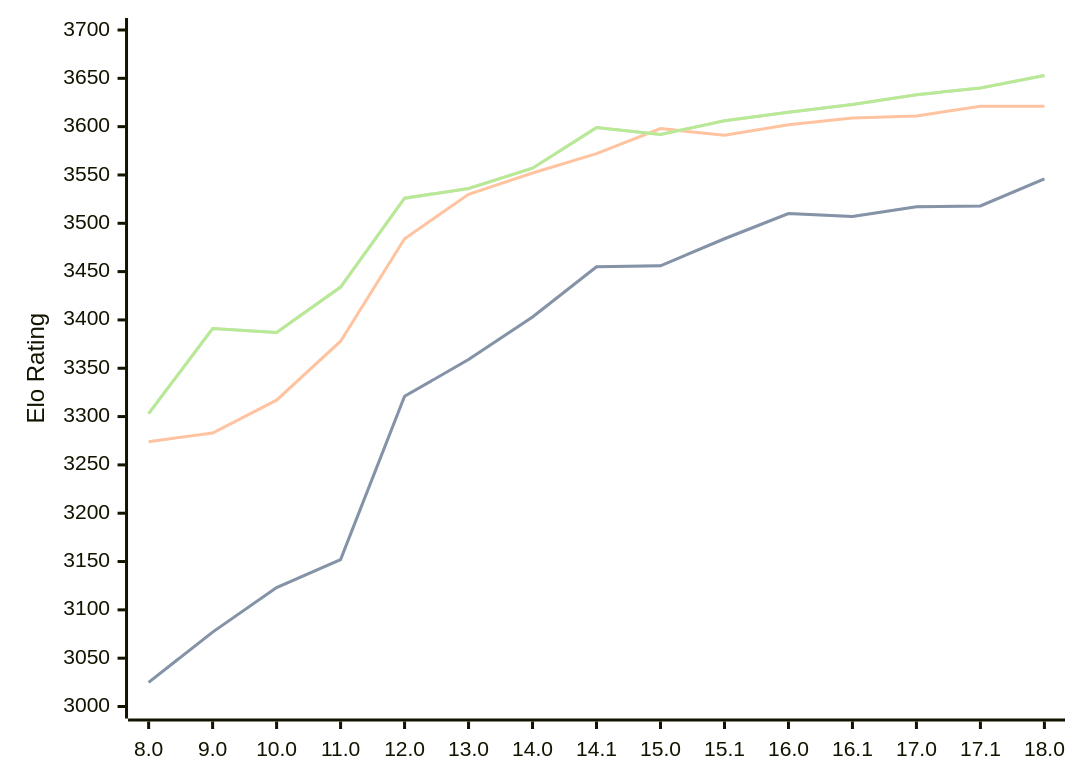
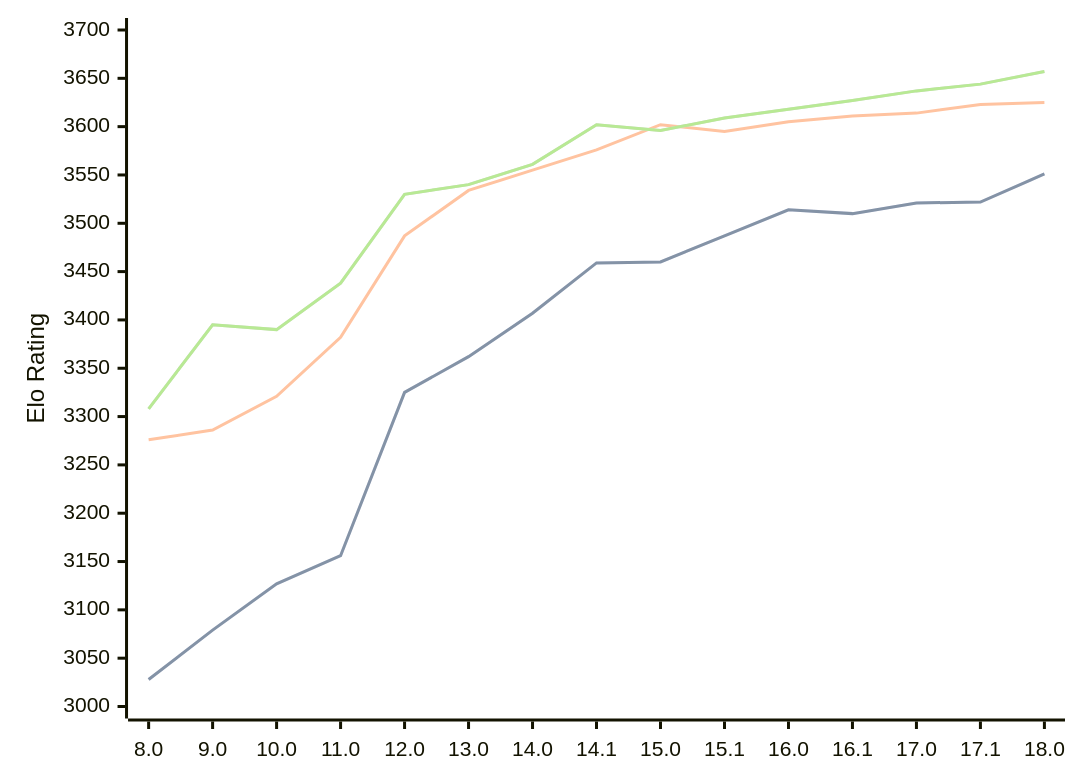
One commit to computer-chess-index/cci changed the diagram in engines/Stockfish.md. Above: the diagram before and after it, drawn with Mermaid. The commit also changed other lines of this file, not shown here.

Commit message:
Update CCI Ratings (ELO VLTC) - 2026-04-30

````diff
--- a/engines/Stockfish.md
+++ b/engines/Stockfish.md
@@ -46,11 +46,11 @@
 ```mermaid
 %%{init: {"theme":"base","themeVariables":{"seriesColors:['#a3a3a3','#222221','#faa371']}}}%%
 xychart-beta
   x-axis ["8.0", "9.0", "10.0", "11.0", "12.0", "13.0", "14.0", "14.1", "15.0", "15.1", "16.0", "16.1", "17.0", "17.1", "18.0"]
   y-axis "Elo Rating" 3000 --> 3700
-  line "STC (8.0+0.08s)" [3025, 3077, 3123, 3152, 3321, 3359, 3403, 3455, 3456, 3484, 3510, 3507, 3517, 3518, 3546]
-  line "STC (8.0+0.08s)" [3025, 3077, 3123, 3152, 3321, 3359, 3403, 3455, 3456, 3484, 3510, 3507, 3517, 3518, 3546]
-  line "LTC (60.0+0.60s)" [3274, 3283, 3317, 3378, 3484, 3530, 3552, 3572, 3598, 3591, 3602, 3609, 3611, 3621, 3621]
-  line "VLTC (2m24s+1.12s)" [3303, 3391, 3387, 3434, 3526, 3536, 3557, 3599, 3592, 3606, 3615, 3623, 3633, 3640, 3653]
-  line "VLTC (2m24s+1.12s)" [3303, 3391, 3387, 3434, 3526, 3536, 3557, 3599, 3592, 3606, 3615, 3623, 3633, 3640, 3653]
+  line "STC (8.0+0.08s)" [3028, 3079, 3127, 3156, 3325, 3362, 3407, 3459, 3460, 3487, 3514, 3510, 3521, 3522, 3551]
+  line "STC (8.0+0.08s)" [3028, 3079, 3127, 3156, 3325, 3362, 3407, 3459, 3460, 3487, 3514, 3510, 3521, 3522, 3551]
+  line "LTC (60.0+0.60s)" [3276, 3286, 3321, 3382, 3487, 3534, 3555, 3576, 3602, 3595, 3605, 3611, 3614, 3623, 3625]
+  line "VLTC (2m24s+1.12s)" [3308, 3395, 3390, 3438, 3530, 3540, 3561, 3602, 3596, 3609, 3618, 3627, 3637, 3644, 3657]
+  line "VLTC (2m24s+1.12s)" [3308, 3395, 3390, 3438, 3530, 3540, 3561, 3602, 3596, 3609, 3618, 3627, 3637, 3644, 3657]
 ```
````
